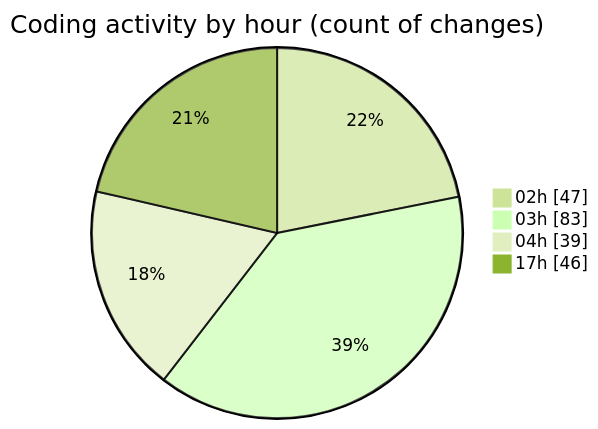
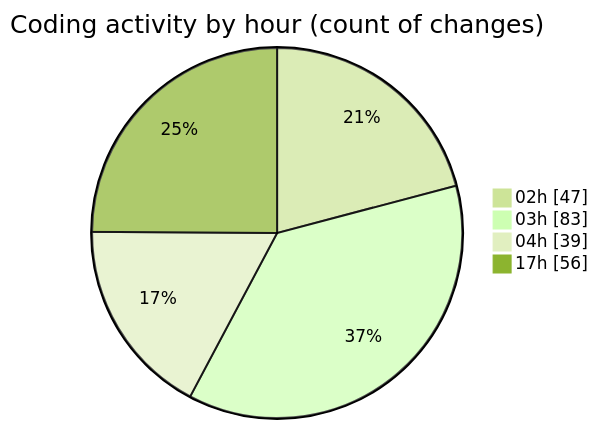
The second of 2 diagrams in 2025-01-02/3drust/README.md (ernivani/code-tracking), drawn with Mermaid (forest theme) before and after one commit. The commit also changed other lines of this file and 2 other files, not shown here.

````diff
--- a/2025-01-02/3drust/README.md
+++ b/2025-01-02/3drust/README.md
@@ -44,8 +44,8 @@
 ```mermaid
 pie showData
 title Coding activity by hour (count of changes)
 "02h" : 47
 "03h" : 83
 "04h" : 39
-"17h" : 46
+"17h" : 56
 ```
````
